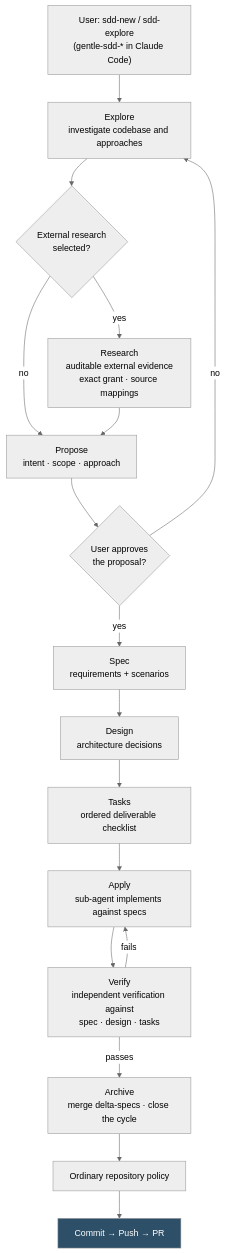
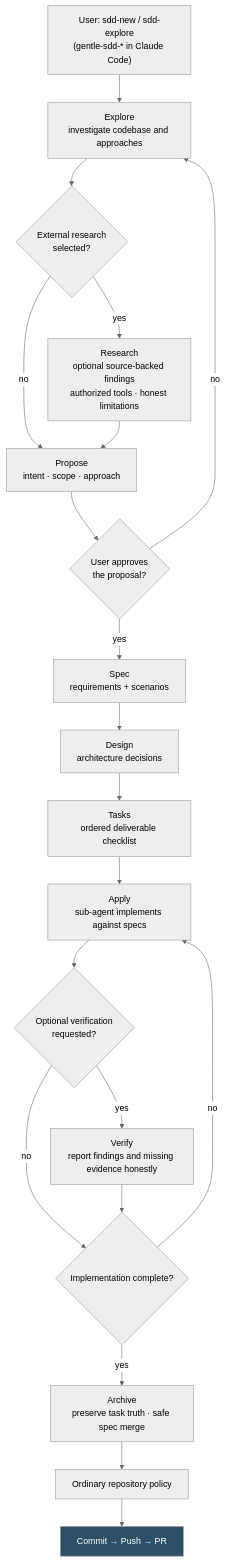
Before and after one commit to 0xErwin1/gentle-ai: the diagram in docs/intended-usage.md, drawn with Mermaid (neutral theme). The commit also changed 51 other files, not shown here.

First line of the commit message:
refactor(sdd)!: replace research admission with optional investigation

````diff
--- a/docs/intended-usage.md
+++ b/docs/intended-usage.md
@@ -183,21 +183,24 @@
 ```mermaid
 flowchart TD
     A["User: sdd-new / sdd-explore<br/>(gentle-sdd-* in Claude Code)"] --> B["Explore<br/>investigate codebase and approaches"]
     B --> BR{"External research<br/>selected?"}
-    BR -->|"yes"| BX["Research<br/>auditable external evidence<br/>exact grant · source mappings"]
+    BR -->|"yes"| BX["Research<br/>optional source-backed findings<br/>authorized tools · honest limitations"]
     BR -->|"no"| C["Propose<br/>intent · scope · approach"]
     BX --> C
     C --> D{"User approves<br/>the proposal?"}
     D -->|"no"| B
     D -->|"yes"| E["Spec<br/>requirements + scenarios"]
     E --> F["Design<br/>architecture decisions"]
     F --> G["Tasks<br/>ordered deliverable checklist"]
     G --> H["Apply<br/>sub-agent implements against specs"]
-    H --> Q["Verify<br/>independent verification against<br/>spec · design · tasks"]
-    Q -->|"passes"| R["Archive<br/>merge delta-specs · close the cycle"]
-    Q -->|"fails"| H
+    H --> V{"Optional verification<br/>requested?"}
+    V -->|"yes"| Q["Verify<br/>report findings and missing evidence honestly"]
+    V -->|"no"| W{"Implementation complete?"}
+    Q --> W
+    W -->|"no"| H
+    W -->|"yes"| R["Archive<br/>preserve task truth · safe spec merge"]
     R --> S["Ordinary repository policy"]
     S --> T["Commit → Push → PR"]
 
     style T fill:#2D4F67,color:#fff
 ```
````
